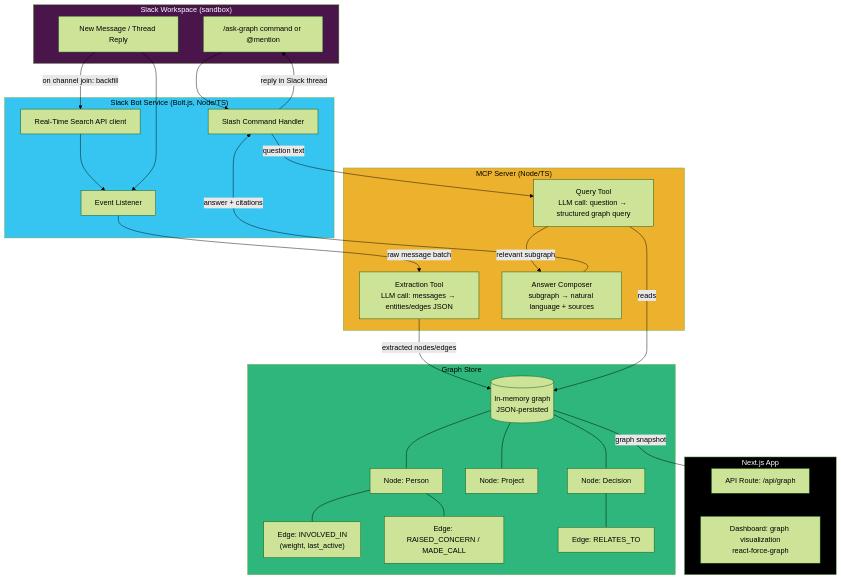
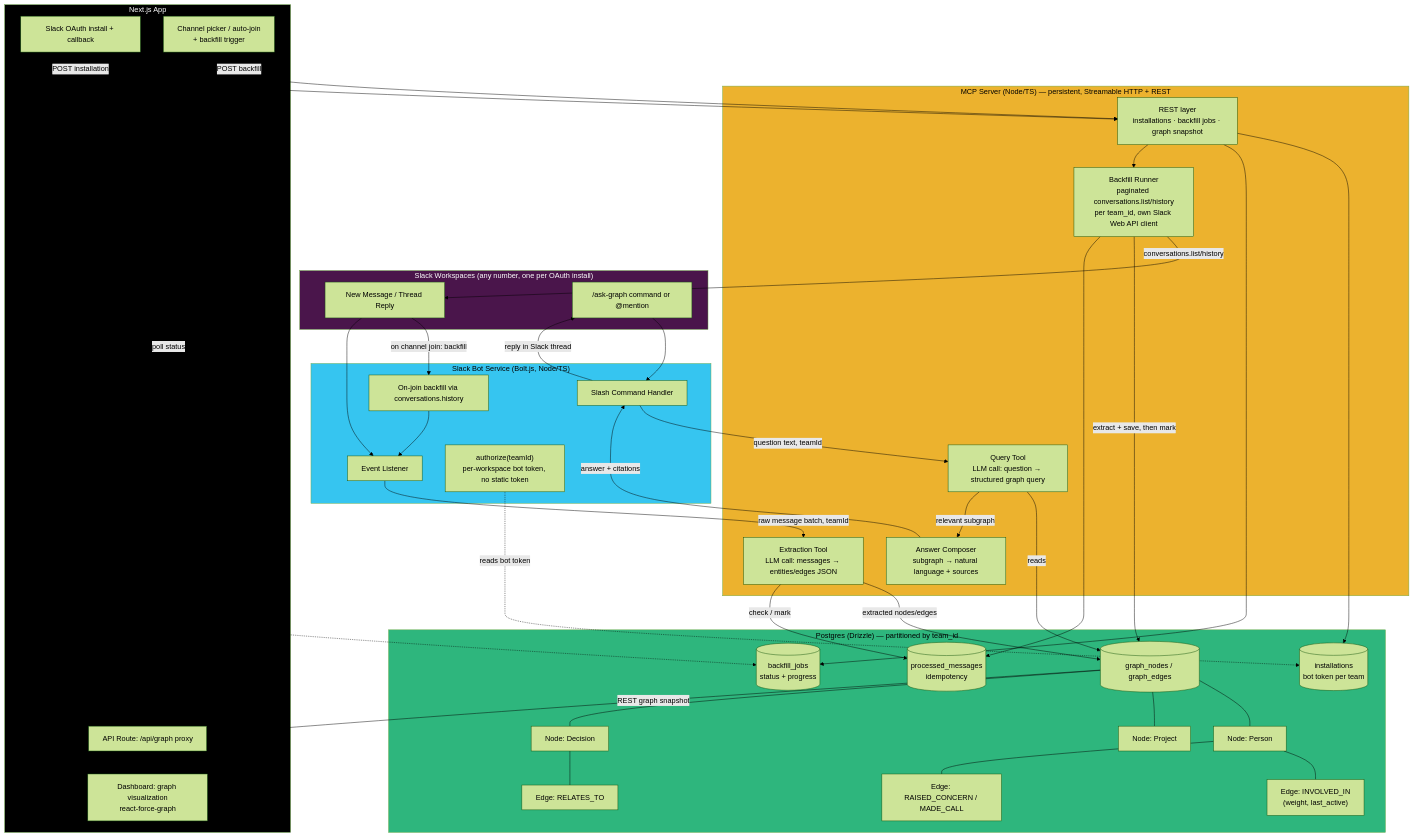
The fifth of 8 diagrams in TECHNICAL_ARCHITECTURE.md (srijan399/se3k), drawn with Mermaid (forest theme) before and after one commit. The commit also changed other lines of this file and 58 other files, not shown here.

Commit message:
slack oauth + db connections

````diff
--- a/TECHNICAL_ARCHITECTURE.md
+++ b/TECHNICAL_ARCHITECTURE.md
@@ -170,62 +216,82 @@
 ```mermaid
 flowchart TB
-    subgraph Slack["Slack Workspace (sandbox)"]
+    subgraph Slack["Slack Workspaces (any number, one per OAuth install)"]
         SM[New Message / Thread Reply]
         SQ["/ask-graph command or @mention"]
     end
 
     subgraph Bot["Slack Bot Service (Bolt.js, Node/TS)"]
         EL[Event Listener]
         SC[Slash Command Handler]
-        RTS[Real-Time Search API client]
+        RTS[On-join backfill via conversations.history]
+        AUTH["authorize(teamId)<br/>per-workspace bot token, no static token"]
     end
 
-    subgraph MCP["MCP Server (Node/TS)"]
+    subgraph MCP["MCP Server (Node/TS) — persistent, Streamable HTTP + REST"]
         EX[Extraction Tool<br/>LLM call: messages → entities/edges JSON]
         QR[Query Tool<br/>LLM call: question → structured graph query]
         AN[Answer Composer<br/>subgraph → natural language + sources]
+        BF[Backfill Runner<br/>paginated conversations.list/history<br/>per team_id, own Slack Web API client]
+        REST[REST layer<br/>installations · backfill jobs · graph snapshot]
     end
 
-    subgraph Graph["Graph Store"]
-        GS[(In-memory graph<br/>JSON-persisted)]
+    subgraph Graph["Postgres (Drizzle) — partitioned by team_id"]
+        GS[(graph_nodes / graph_edges)]
         N1["Node: Person"]
         N2["Node: Project"]
         N3["Node: Decision"]
         E1["Edge: INVOLVED_IN<br/>(weight, last_active)"]
         E2["Edge: RAISED_CONCERN / MADE_CALL"]
         E3["Edge: RELATES_TO"]
+        INST[(installations<br/>bot token per team)]
+        JOBS[(backfill_jobs<br/>status + progress)]
+        PROC[(processed_messages<br/>idempotency)]
     end
 
     subgraph Web["Next.js App"]
-        API[API Route: /api/graph]
+        OAUTH[Slack OAuth install + callback]
+        PICK[Channel picker / auto-join<br/>+ backfill trigger]
+        API[API Route: /api/graph proxy]
         DASH[Dashboard: graph visualization<br/>react-force-graph]
     end
 
     SM -->|on channel join: backfill| RTS
     RTS --> EL
     SM --> EL
-    EL -->|raw message batch| EX
+    EL -->|raw message batch, teamId| EX
     EX -->|extracted nodes/edges| GS
+    EX -->|check / mark| PROC
     GS --- N1
     GS --- N2
     GS --- N3
     N1 --- E1
     N1 --- E2
     N3 --- E3
+    AUTH -.->|reads bot token| INST
 
     SQ --> SC
-    SC -->|question text| QR
+    SC -->|question text, teamId| QR
     QR -->|reads| GS
     QR -->|relevant subgraph| AN
     AN -->|answer + citations| SC
     SC -->|reply in Slack thread| SQ
 
-    GS -->|graph snapshot| API
+    OAUTH -->|POST installation| REST
+    REST --> INST
+    PICK -->|POST backfill| REST
+    REST --> JOBS
+    REST --> BF
+    BF -->|conversations.list/history| SM
+    BF -->|extract + save, then mark| GS
+    BF --> PROC
+    PICK -.->|poll status| JOBS
+
+    GS -->|REST graph snapshot| API
     API --> DASH
 
     style Slack fill:#4A154B,color:#fff
     style Bot fill:#36C5F0,color:#000
     style MCP fill:#ECB22E,color:#000
     style Graph fill:#2EB67D,color:#000
     style Web fill:#000,color:#fff
 ```
````
